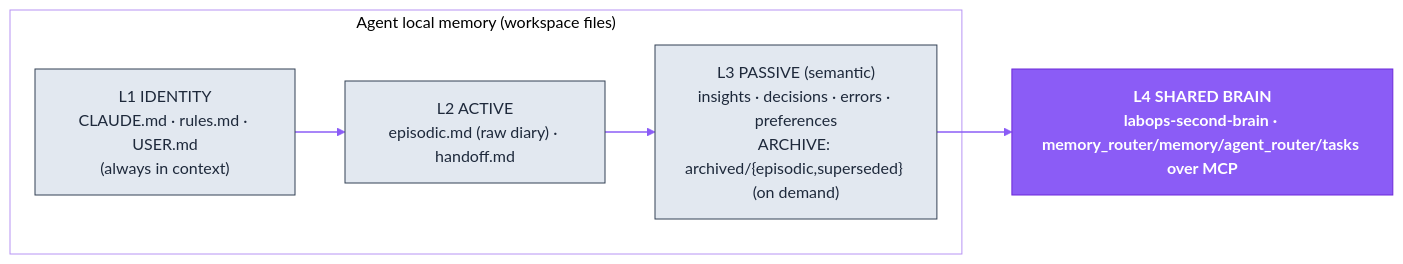
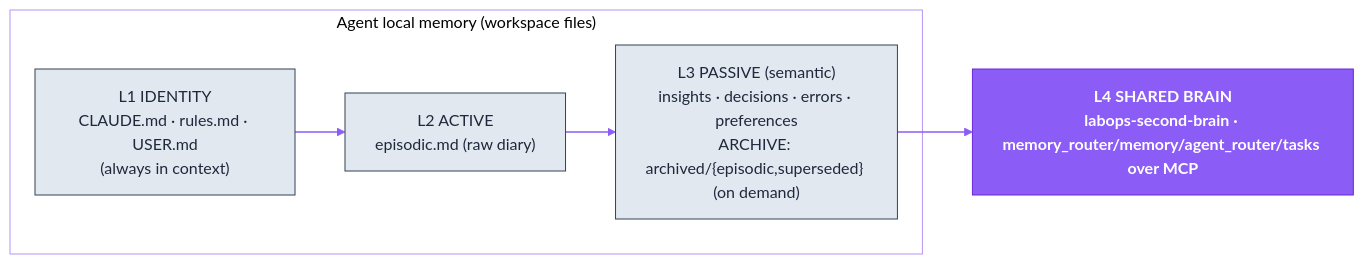
The third of 4 diagrams in agent-architecture/README.md (dediukhinpa/labops-ai-assistant), drawn with Mermaid before and after one commit. The commit also changed other lines of this file and 49 other files, not shown here.

````diff
--- a/agent-architecture/README.md
+++ b/agent-architecture/README.md
@@ -237,18 +237,18 @@
 ```mermaid
 %%{init: {'theme':'base','themeVariables':{'primaryColor':'#EDE9FE','primaryTextColor':'#4C1D95','primaryBorderColor':'#8B5CF6','lineColor':'#8B5CF6','secondaryColor':'#F1F5F9','tertiaryColor':'#ffffff','clusterBkg':'transparent','clusterBorder':'#B794F4','fontFamily':'Helvetica,Arial,sans-serif'}}}%%
 flowchart LR
   subgraph local["Agent local memory (workspace files)"]
     L1["L1 IDENTITY<br/>CLAUDE.md · rules.md · USER.md<br/>(always in context)"]
-    L2["L2 ACTIVE<br/>episodic.md (raw diary) · handoff.md"]
+    L2["L2 ACTIVE<br/>episodic.md (raw diary)"]
     L3["L3 PASSIVE (semantic)<br/>insights · decisions · errors · preferences<br/>ARCHIVE: archived/{episodic,superseded} (on demand)"]
   end
   L4["L4 SHARED BRAIN<br/>labops-second-brain · memory_router/memory/agent_router/tasks over MCP"]
   L1 --> L2 --> L3 --> L4
   classDef brand fill:#8B5CF6,stroke:#6D28D9,color:#ffffff,font-weight:bold
   classDef ext fill:#CCFBF1,stroke:#0D9488,color:#0F766E
   classDef store fill:#FEF3C7,stroke:#D97706,color:#92400E
   classDef sys fill:#E2E8F0,stroke:#334155,color:#1E293B
   linkStyle default stroke:#8B5CF6,stroke-width:1.5px
   class L4 brand
   class L1,L2,L3 sys
 ```
````
